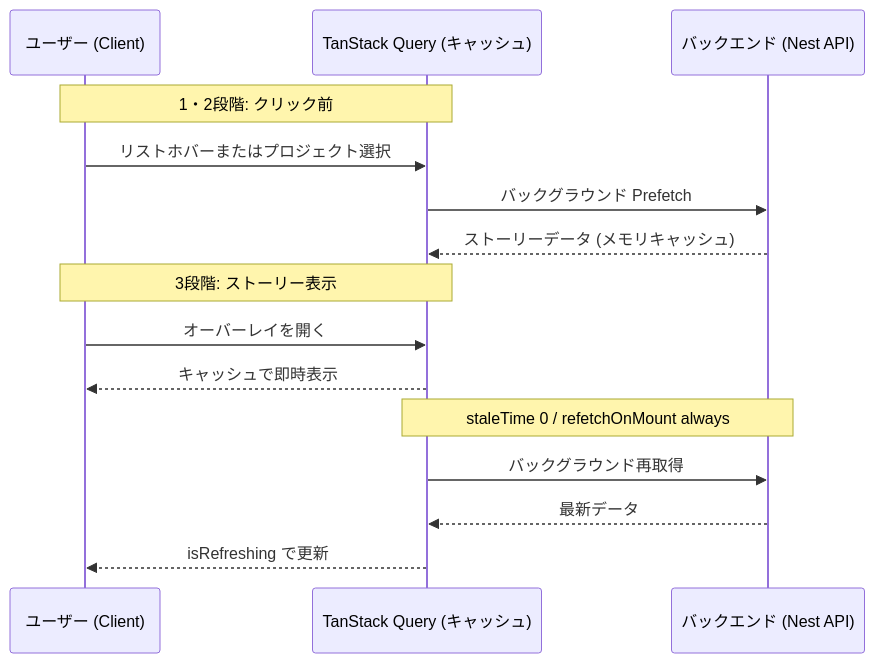
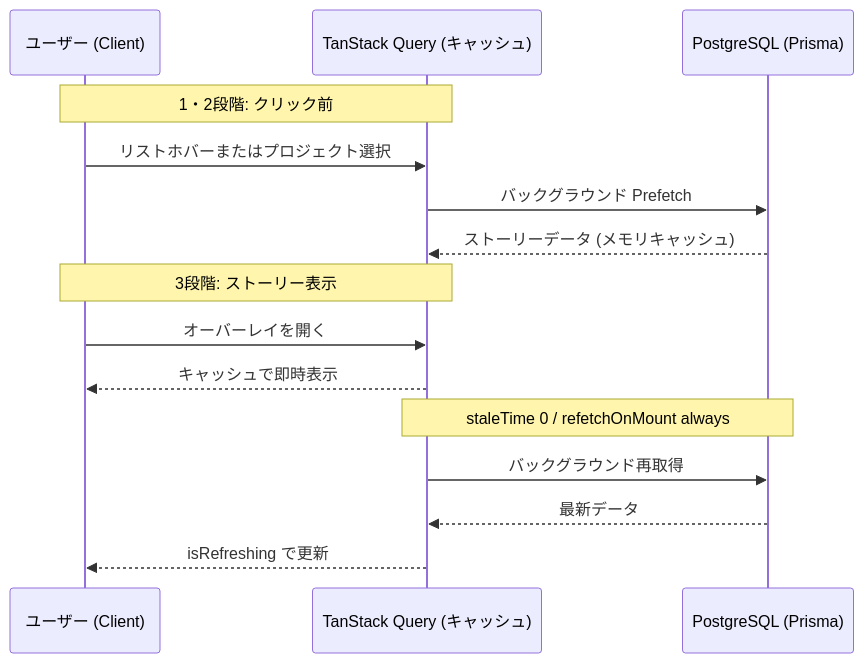
Before and after one commit to Louis-jk/portfolio: the fifth of 7 diagrams in README.md, drawn with Mermaid. The commit also changed other lines of this file and 56 other files, not shown here.

First line of the commit message:
feat(data): migrate from Nest API to Prisma direct and add story Realtime

````diff
--- a/README.md
+++ b/README.md
@@ -349,17 +418,17 @@
 ```mermaid
 sequenceDiagram
   participant User as ユーザー (Client)
   participant Cache as TanStack Query (キャッシュ)
-  participant API as バックエンド (Nest API)
+  participant API as PostgreSQL (Prisma)
   Note over User, Cache: 1・2段階: クリック前
   User->>Cache: リストホバーまたはプロジェクト選択
   Cache->>API: バックグラウンド Prefetch
   API-->>Cache: ストーリーデータ (メモリキャッシュ)
   Note over User, Cache: 3段階: ストーリー表示
   User->>Cache: オーバーレイを開く
   Cache-->>User: キャッシュで即時表示
   Note over Cache, API: staleTime 0 / refetchOnMount always
   Cache->>API: バックグラウンド再取得
   API-->>Cache: 最新データ
   Cache-->>User: isRefreshing で更新
 ```
````
